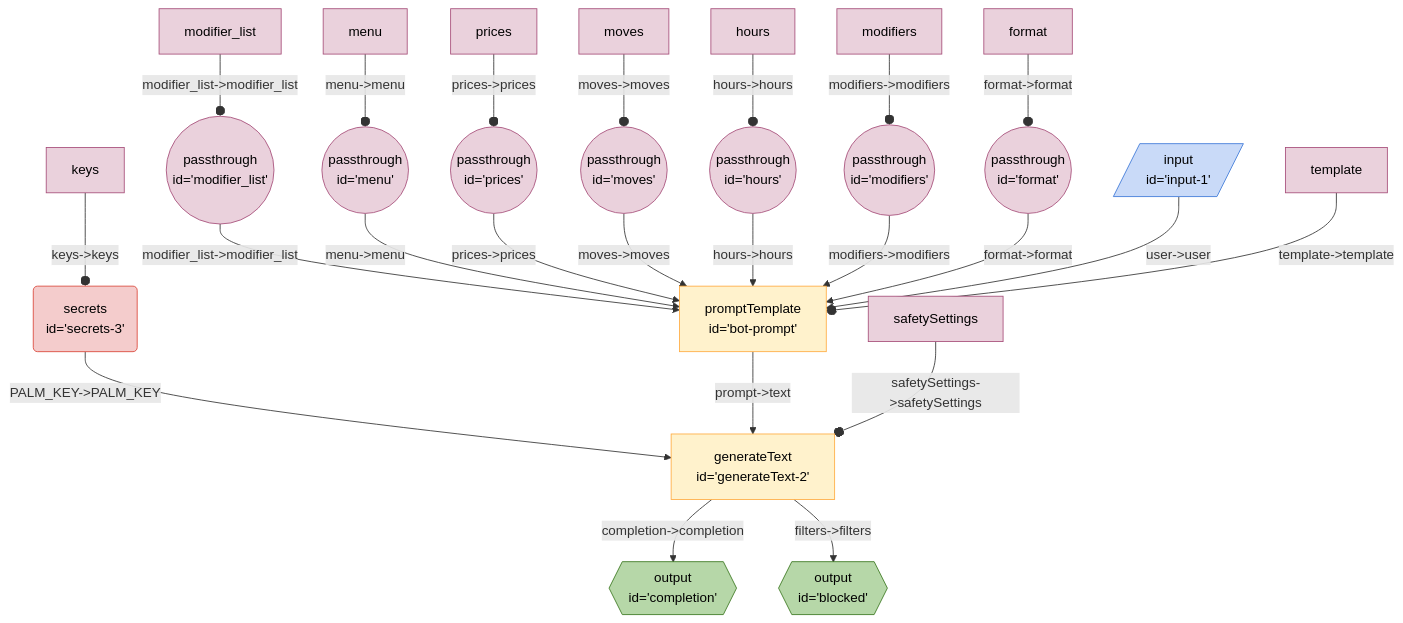
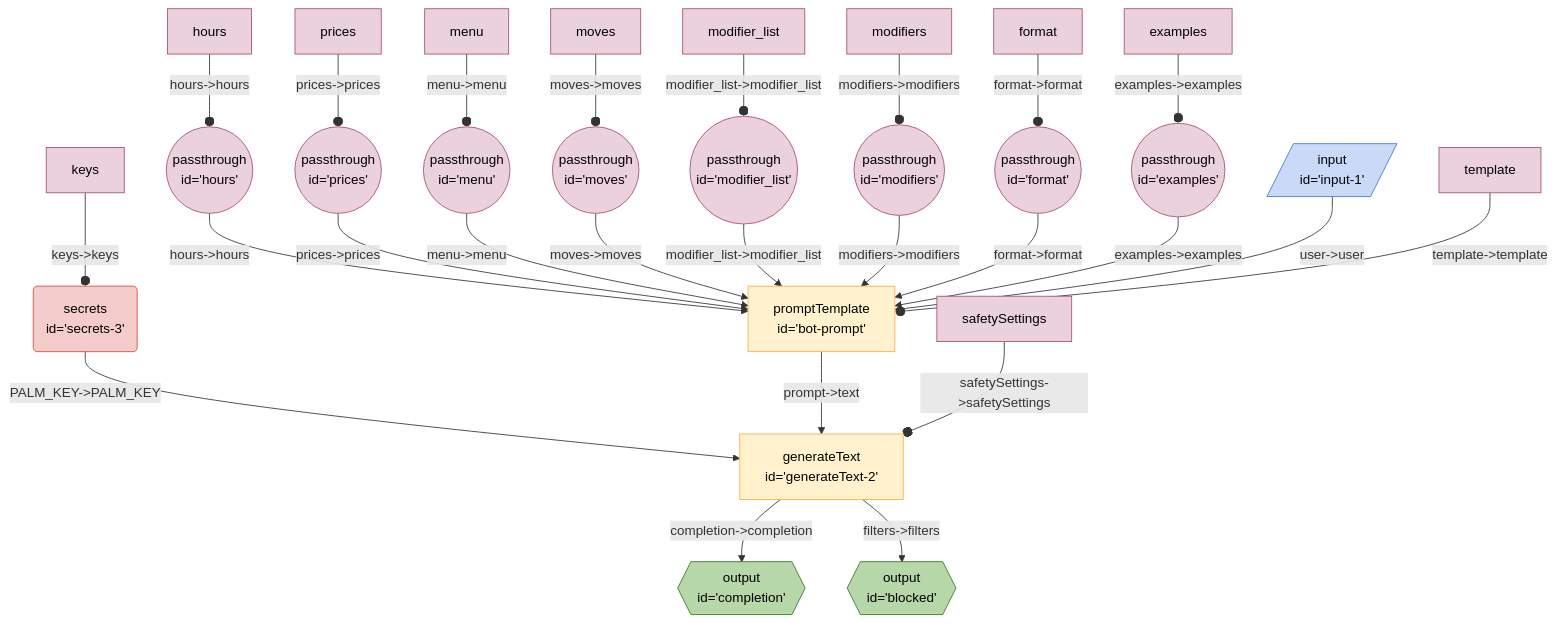
One commit to breadboard-ai/breadboard changed the diagram in seeds/coffe-bot-board/docs/coffee-bot.md. Above: the diagram before and after it, drawn with Mermaid. The commit also changed 5 other files, not shown here.

Commit message:
[coffee-bot-board] Start wiring examples.

````diff
--- a/seeds/coffe-bot-board/docs/coffee-bot.md
+++ b/seeds/coffe-bot-board/docs/coffee-bot.md
@@ -3,34 +3,36 @@
 ```mermaid
 %%{init: 'themeVariables': { 'fontFamily': 'Fira Code, monospace' }}%%
 graph TD;
+hours(("passthrough <br> id='hours'")):::passthrough -- "hours->hours" --> botprompt["promptTemplate <br> id='bot-prompt'"]
+prices(("passthrough <br> id='prices'")):::passthrough -- "prices->prices" --> botprompt["promptTemplate <br> id='bot-prompt'"]
+menu(("passthrough <br> id='menu'")):::passthrough -- "menu->menu" --> botprompt["promptTemplate <br> id='bot-prompt'"]
+moves(("passthrough <br> id='moves'")):::passthrough -- "moves->moves" --> botprompt["promptTemplate <br> id='bot-prompt'"]
 modifier_list(("passthrough <br> id='modifier_list'")):::passthrough -- "modifier_list->modifier_list" --> botprompt["promptTemplate <br> id='bot-prompt'"]
-menu(("passthrough <br> id='menu'")):::passthrough -- "menu->menu" --> botprompt["promptTemplate <br> id='bot-prompt'"]
-prices(("passthrough <br> id='prices'")):::passthrough -- "prices->prices" --> botprompt["promptTemplate <br> id='bot-prompt'"]
-moves(("passthrough <br> id='moves'")):::passthrough -- "moves->moves" --> botprompt["promptTemplate <br> id='bot-prompt'"]
-hours(("passthrough <br> id='hours'")):::passthrough -- "hours->hours" --> botprompt["promptTemplate <br> id='bot-prompt'"]
 modifiers(("passthrough <br> id='modifiers'")):::passthrough -- "modifiers->modifiers" --> botprompt["promptTemplate <br> id='bot-prompt'"]
 format(("passthrough <br> id='format'")):::passthrough -- "format->format" --> botprompt["promptTemplate <br> id='bot-prompt'"]
+examples(("passthrough <br> id='examples'")):::passthrough -- "examples->examples" --> botprompt["promptTemplate <br> id='bot-prompt'"]
 generateText2["generateText <br> id='generateText-2'"] -- "completion->completion" --> completion{{"output <br> id='completion'"}}:::output
 generateText2["generateText <br> id='generateText-2'"] -- "filters->filters" --> blocked{{"output <br> id='blocked'"}}:::output
 secrets3("secrets <br> id='secrets-3'"):::secrets -- "PALM_KEY->PALM_KEY" --> generateText2["generateText <br> id='generateText-2'"]
 botprompt["promptTemplate <br> id='bot-prompt'"] -- "prompt->text" --> generateText2["generateText <br> id='generateText-2'"]
 input1[/"input <br> id='input-1'"/]:::input -- "user->user" --> botprompt["promptTemplate <br> id='bot-prompt'"]
 templatebotprompt[template]:::config -- "template->template" --o botprompt
+hourshours[hours]:::config -- "hours->hours" --o hours
+pricesprices[prices]:::config -- "prices->prices" --o prices
+menumenu[menu]:::config -- "menu->menu" --o menu
+movesmoves[moves]:::config -- "moves->moves" --o moves
 modifier_listmodifier_list[modifier_list]:::config -- "modifier_list->modifier_list" --o modifier_list
-menumenu[menu]:::config -- "menu->menu" --o menu
-pricesprices[prices]:::config -- "prices->prices" --o prices
-movesmoves[moves]:::config -- "moves->moves" --o moves
-hourshours[hours]:::config -- "hours->hours" --o hours
 modifiersmodifiers[modifiers]:::config -- "modifiers->modifiers" --o modifiers
 formatformat[format]:::config -- "format->format" --o format
+examplesexamples[examples]:::config -- "examples->examples" --o examples
 safetySettingsgenerateText2[safetySettings]:::config -- "safetySettings->safetySettings" --o generateText2
 keyssecrets3[keys]:::config -- "keys->keys" --o secrets3
 classDef default stroke:#ffab40,fill:#fff2ccff,color:#000
 classDef input stroke:#3c78d8,fill:#c9daf8ff,color:#000
 classDef output stroke:#38761d,fill:#b6d7a8ff,color:#000
 classDef passthrough stroke:#a64d79,fill:#ead1dcff,color:#000
 classDef slot stroke:#a64d79,fill:#ead1dcff,color:#000
 classDef config stroke:#a64d79,fill:#ead1dcff,color:#000
 classDef secrets stroke:#db4437,fill:#f4cccc,color:#000
 classDef slotted stroke:#a64d79
 ```
````
